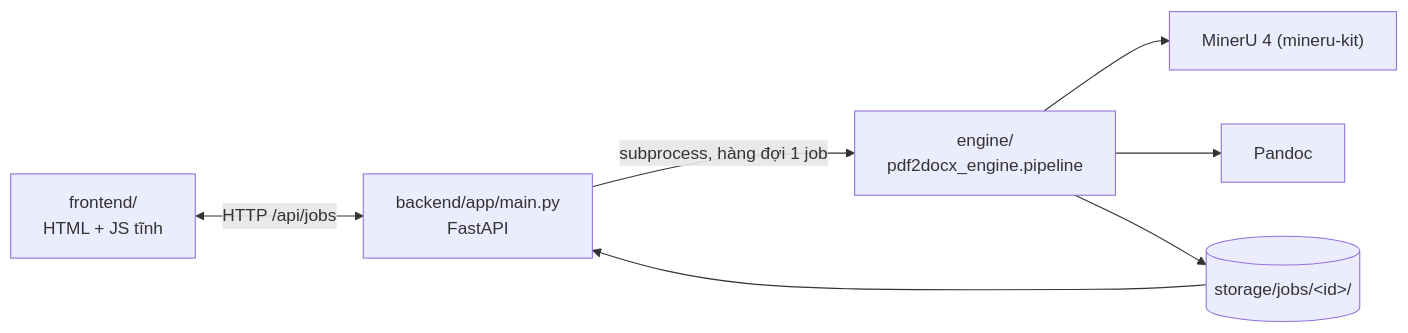
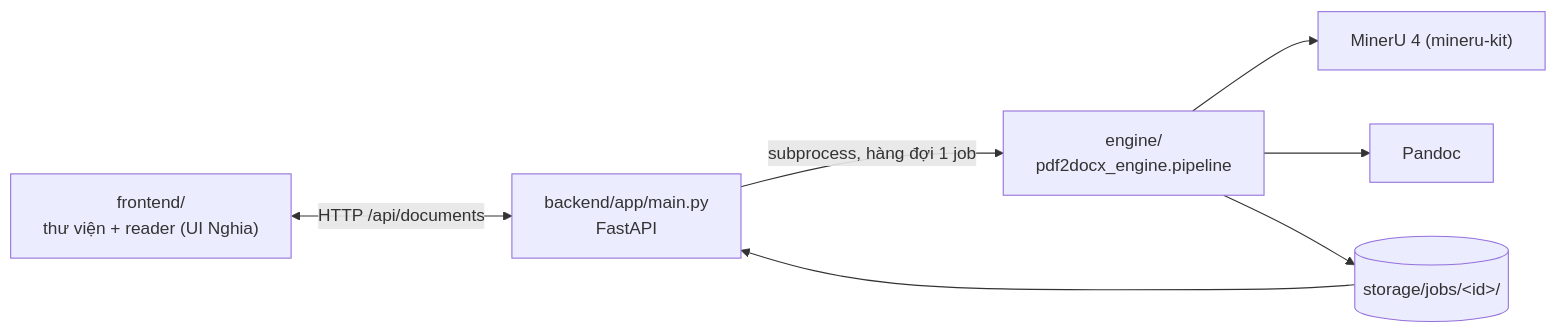
The second of 2 diagrams in Readme.md (ducnhan123-co/DO_AN_CONG_NGHE_LAP_TRINH_HIEN_DAI_SGU_2026), drawn with Mermaid before and after one commit. The commit also changed other lines of this file and 14 other files, not shown here.

First line of the commit message:
feat(web): dung UI thu vien + reader cua nhanh Nghia, backend /api/documents quanh engine

````diff
--- a/Readme.md
+++ b/Readme.md
@@ -91,9 +91,9 @@
 ```mermaid
 flowchart LR
-    FE["frontend/<br/>HTML + JS tĩnh"] <-->|"HTTP /api/jobs"| BE["backend/app/main.py<br/>FastAPI"]
+    FE["frontend/<br/>thư viện + reader (UI Nghia)"] <-->|"HTTP /api/documents"| BE["backend/app/main.py<br/>FastAPI"]
     BE -->|"subprocess, hàng đợi 1 job"| EN["engine/<br/>pdf2docx_engine.pipeline"]
     EN --> MU["MinerU 4 (mineru-kit)"]
     EN --> PD["Pandoc"]
     EN --> ST[("storage/jobs/&lt;id&gt;/")]
     ST --> BE
 ```
````
